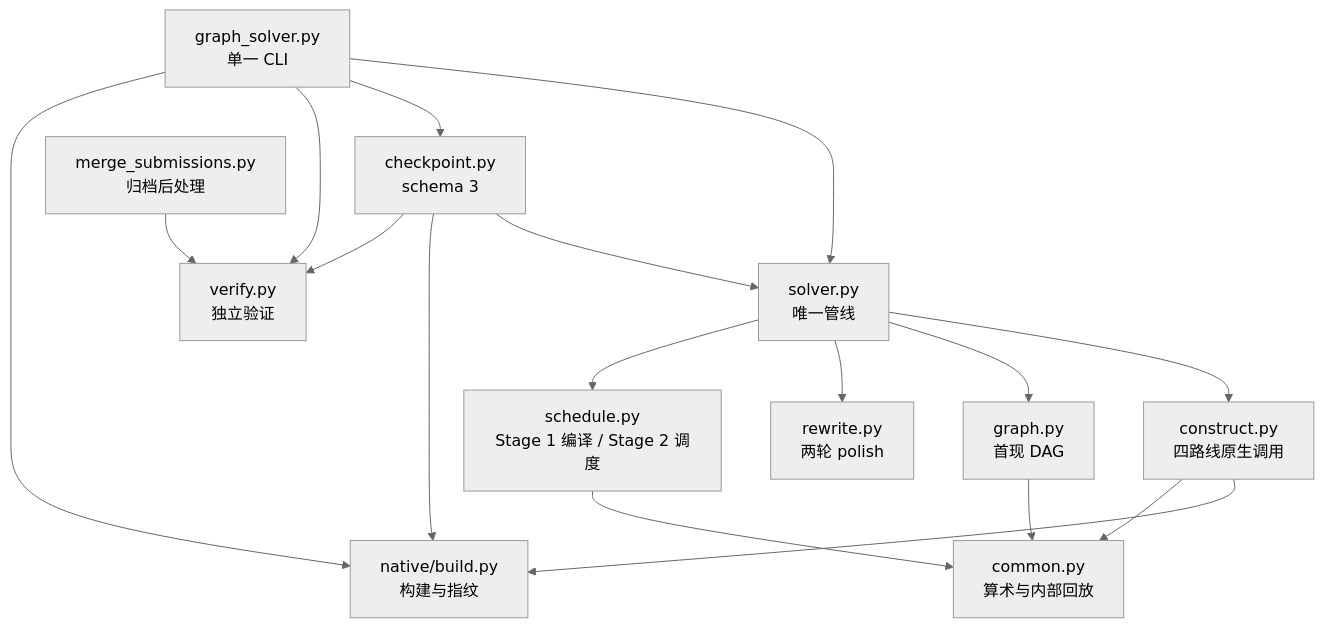
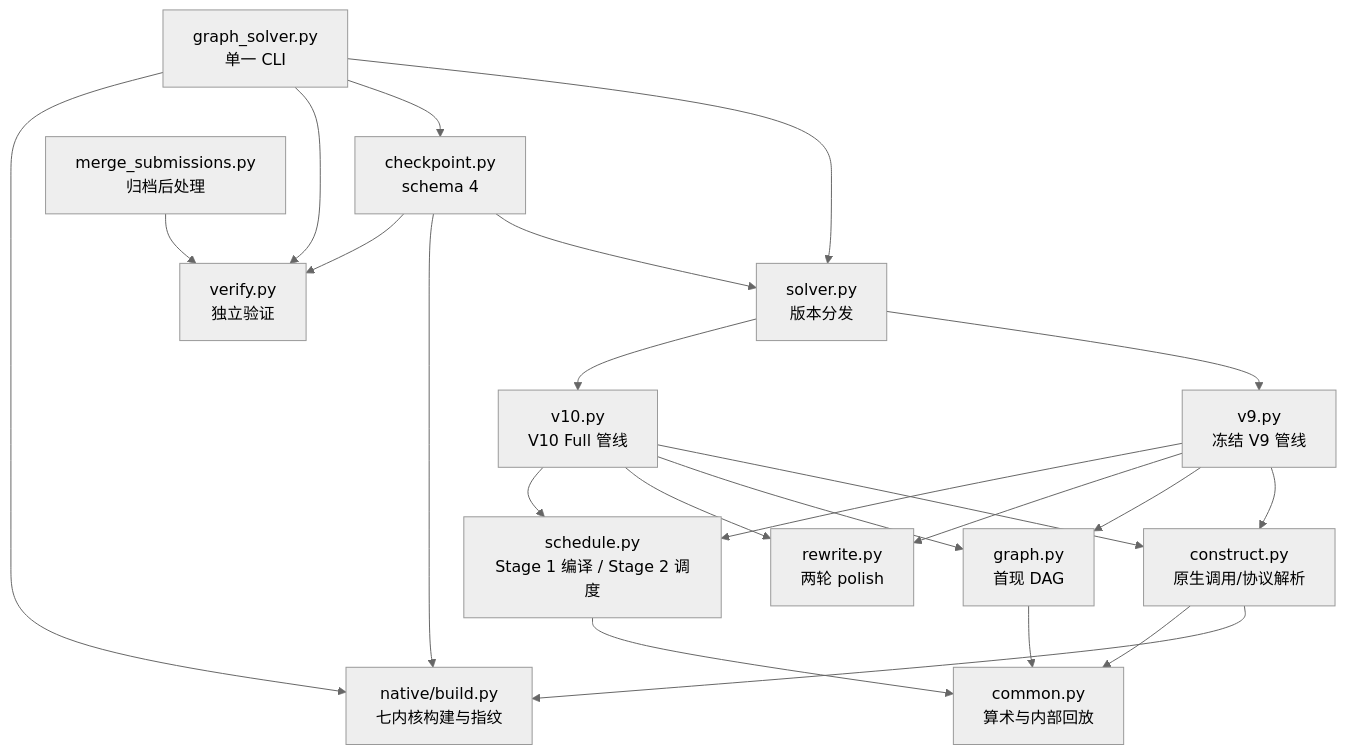
Before and after one commit to Leonardo-F/kaggle-lab: the third of 3 diagrams in competitions/santa-2026/docs/algorithm-evolution.md, drawn with Mermaid (neutral theme). The commit also changed other lines of this file and 41 other files, not shown here.

````diff
--- a/competitions/santa-2026/docs/algorithm-evolution.md
+++ b/competitions/santa-2026/docs/algorithm-evolution.md
@@ -688,19 +968,25 @@
 ```mermaid
 flowchart TD
-    G[graph_solver.py<br/>单一 CLI] --> S[solver.py<br/>唯一管线]
-    G --> C[checkpoint.py<br/>schema 3]
+    G[graph_solver.py<br/>单一 CLI] --> S[solver.py<br/>版本分发]
+    S --> V9[v9.py<br/>冻结 V9 管线]
+    S --> V10[v10.py<br/>V10 Full 管线]
+    G --> C[checkpoint.py<br/>schema 4]
     G --> V[verify.py<br/>独立验证]
-    G --> N[native/build.py<br/>构建与指纹]
-    S --> CO[construct.py<br/>四路线原生调用]
-    S --> GR[graph.py<br/>首现 DAG]
-    S --> RW[rewrite.py<br/>两轮 polish]
-    S --> SC[schedule.py<br/>Stage 1 编译 / Stage 2 调度]
+    G --> N[native/build.py<br/>七内核构建与指纹]
+    V10 --> CO[construct.py<br/>原生调用/协议解析]
+    V10 --> GR[graph.py<br/>首现 DAG]
+    V10 --> RW[rewrite.py<br/>两轮 polish]
+    V10 --> SC[schedule.py<br/>Stage 1 编译 / Stage 2 调度]
+    V9 --> CO
+    V9 --> GR
+    V9 --> RW
+    V9 --> SC
     CO --> N
     CO --> CM[common.py<br/>算术与内部回放]
     GR --> CM
     SC --> CM
     C --> S
     C --> N
     C --> V
     M[merge_submissions.py<br/>归档后处理] --> V
 ```
````
